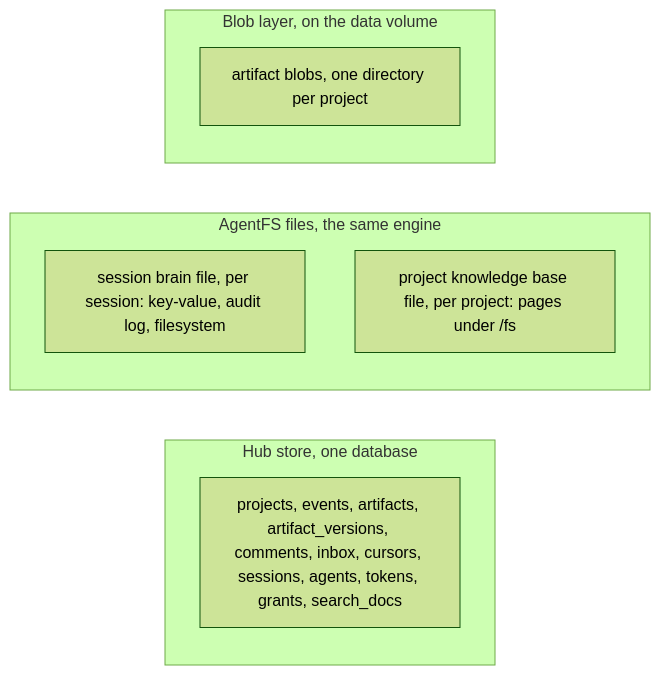
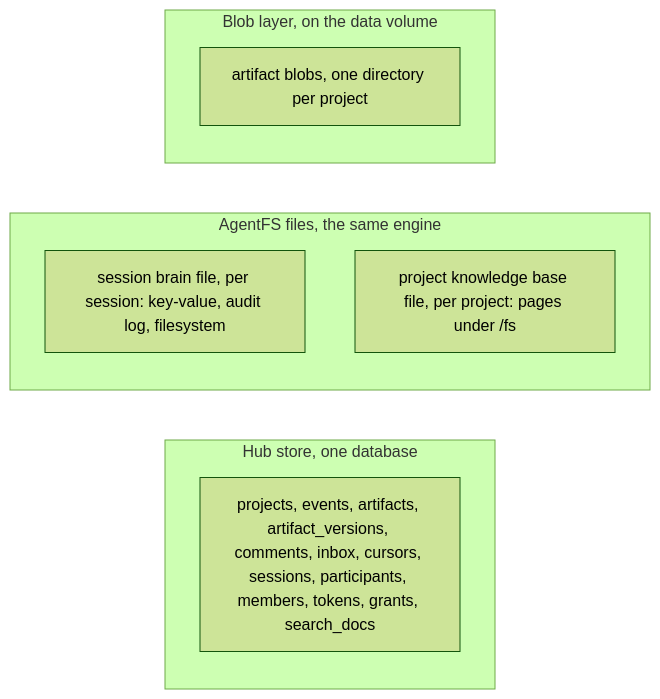
The diagram in docs/architecture/data-model.md (abn/agent-hub), drawn with Mermaid (forest theme) before and after one commit. The commit also changed other lines of this file and 50 other files, not shown here.

First line of the commit message:
docs: describe members, agents and shared sessions in the skill and wiki

````diff
--- a/docs/architecture/data-model.md
+++ b/docs/architecture/data-model.md
@@ -16,13 +16,13 @@
 ```mermaid
 flowchart LR
   subgraph store["Hub store, one database"]
-    tables["projects, events, artifacts, artifact_versions, comments, inbox, cursors, sessions, agents, tokens, grants, search_docs"]
+    tables["projects, events, artifacts, artifact_versions, comments, inbox, cursors, sessions, participants, members, tokens, grants, search_docs"]
   end
   subgraph files["AgentFS files, the same engine"]
     brain["session brain file, per session: key-value, audit log, filesystem"]
     kb["project knowledge base file, per project: pages under /fs"]
   end
   subgraph blobs["Blob layer, on the data volume"]
     blob["artifact blobs, one directory per project"]
   end
 ```
````
